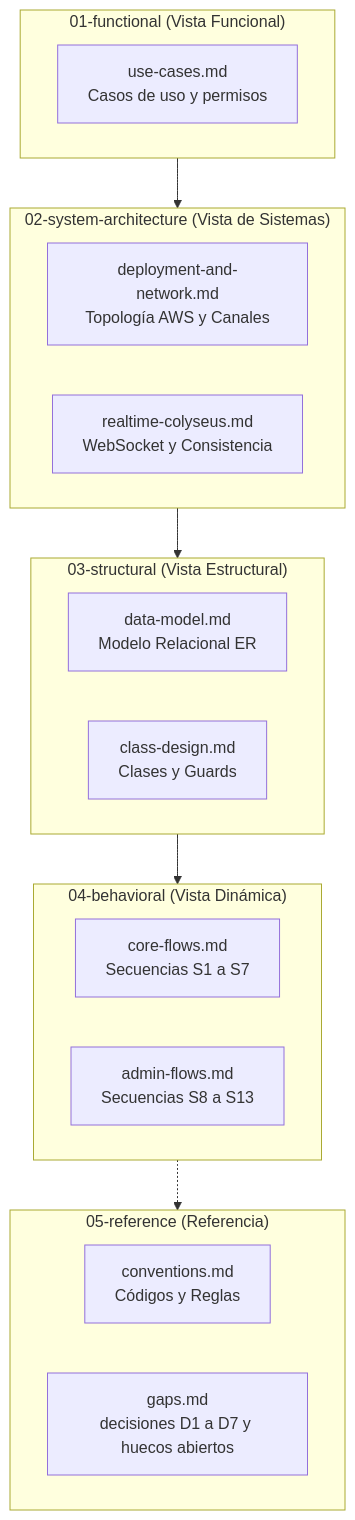
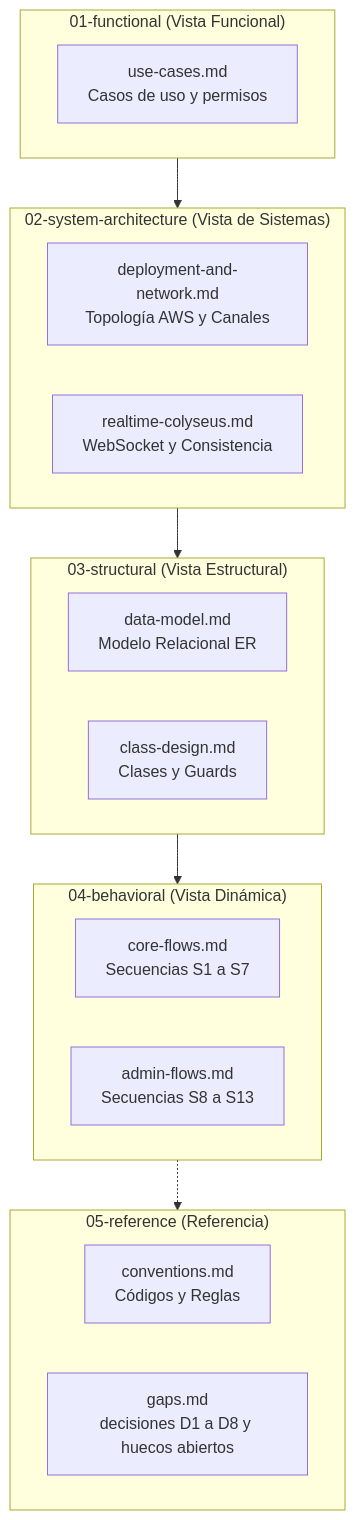
One commit to Agustin742/integratec-final-back changed the diagram in docs/diagrams/README.md. Above: the diagram before and after it, drawn with Mermaid. The commit also changed other lines of this file and 12 other files, not shown here.

````diff
--- a/docs/diagrams/README.md
+++ b/docs/diagrams/README.md
@@ -13,32 +13,32 @@
 ```mermaid
 flowchart TD
   subgraph F["01-functional (Vista Funcional)"]
     direction LR
     UC["use-cases.md<br/>Casos de uso y permisos"]
   end
   subgraph S["02-system-architecture (Vista de Sistemas)"]
     direction LR
     DEP["deployment-and-network.md<br/>Topología AWS y Canales"]
     RT["realtime-colyseus.md<br/>WebSocket y Consistencia"]
   end
   subgraph E["03-structural (Vista Estructural)"]
     direction LR
     DM["data-model.md<br/>Modelo Relacional ER"]
     CL["class-design.md<br/>Clases y Guards"]
   end
   subgraph B["04-behavioral (Vista Dinámica)"]
     direction LR
     SC["core-flows.md<br/>Secuencias S1 a S7"]
     SA["admin-flows.md<br/>Secuencias S8 a S13"]
   end
   subgraph R["05-reference (Referencia)"]
     direction LR
     CV["conventions.md<br/>Códigos y Reglas"]
-    GP["gaps.md<br/>decisiones D1 a D7 y huecos abiertos"]
+    GP["gaps.md<br/>decisiones D1 a D8 y huecos abiertos"]
   end
 
   F --> S
   S --> E
   E --> B
   B -.-> R
 ```
````
